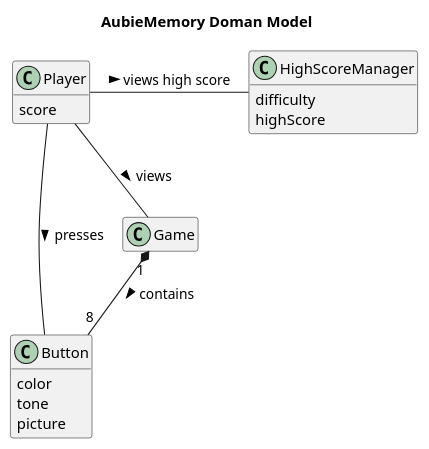
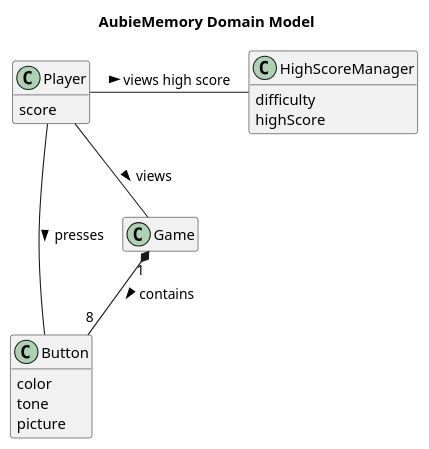
Before and after one commit to llittle3701/AubieMemory: the diagram in app/UML/DM.puml, drawn with PlantUML. The commit also changed 5 other files, not shown here.

Commit message:
Updated UML

```diff
--- a/app/UML/DM.puml
+++ b/app/UML/DM.puml
@@ -1,30 +1,30 @@
 @startuml
-title AubieMemory Doman Model
+title AubieMemory Domain Model
 
 class Player {
 score
 }
 
 class Button {
 color
 tone
 picture
 }
 
 class Game {
 }
 
 class HighScoreManager {
 difficulty
 highScore
 }
 
 Game "1" *-- "8" Button: contains >
 
 Player - HighScoreManager: views high score >
 Player -- Button: presses >
 Player -- Game: views >
 
 hide empty members
 hide methods
 @enduml
```
